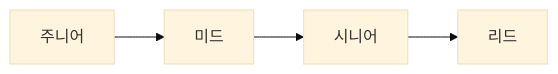
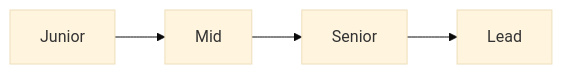
The diagram in content/developer-career-101/ko/10-path-to-senior.md (yeongseon-books/book-content), drawn with Mermaid (base theme) before and after one commit. The commit also changed other lines of this file and 9 other files, not shown here.

````diff
--- a/content/developer-career-101/ko/10-path-to-senior.md
+++ b/content/developer-career-101/ko/10-path-to-senior.md
@@ -46,6 +52,6 @@
 ```mermaid
 flowchart LR
-    J[주니어] --> M[미드]
-    M --> S[시니어]
-    S --> L[리드]
+    J[Junior] --> M[Mid]
+    M --> S[Senior]
+    S --> L[Lead]
 ```
````
